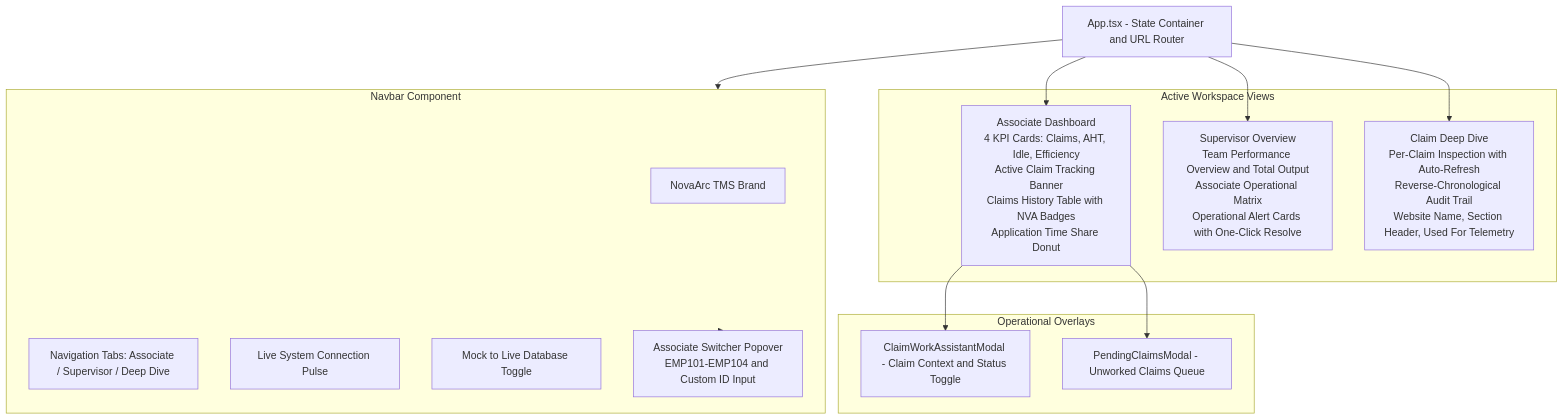
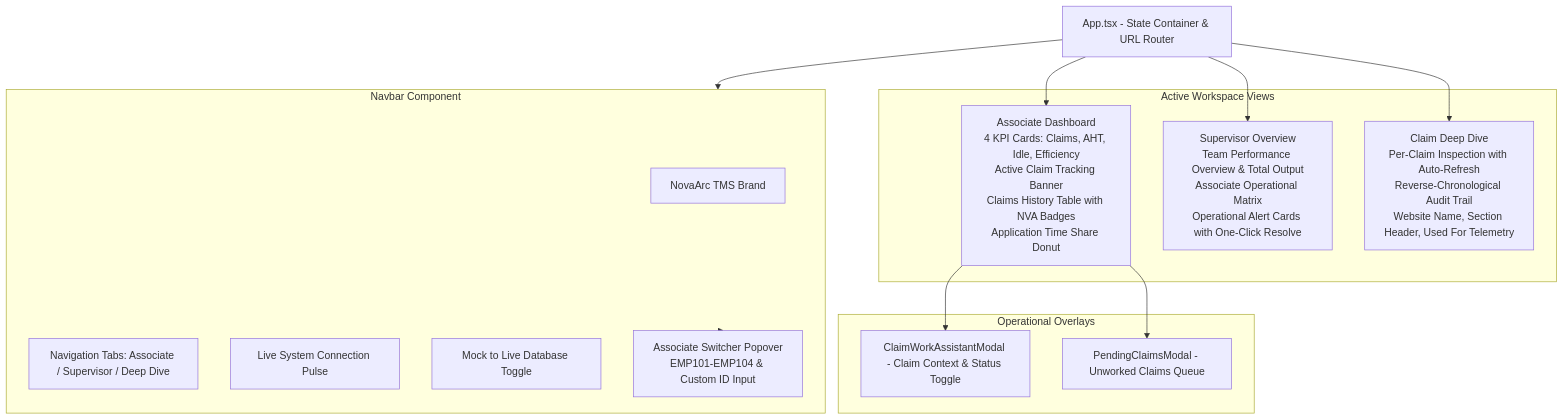
One commit to Gokul2004-ne/TMS changed the seventh of 7 diagrams in ARCHITECTURE.md. Above: the diagram before and after it, drawn with Mermaid. The commit also changed other lines of this file and 4 other files, not shown here.

Commit message:
docs: update ARCHITECTURE.md and README.md with comprehensive project dossier and clean up unwanted temporary files

````diff
--- a/ARCHITECTURE.md
+++ b/ARCHITECTURE.md
@@ -535,31 +577,31 @@
 ```mermaid
 flowchart TD
-    App["App.tsx - State Container and URL Router"]
+    App["App.tsx - State Container & URL Router"]
 
     subgraph Navigation ["Navbar Component"]
         Brand["NovaArc TMS Brand"]
         Tabs["Navigation Tabs: Associate / Supervisor / Deep Dive"]
         LivePulse["Live System Connection Pulse"]
         DBToggle["Mock to Live Database Toggle"]
-        Switcher["Associate Switcher Popover<br>EMP101-EMP104 and Custom ID Input"]
+        Switcher["Associate Switcher Popover<br>EMP101-EMP104 & Custom ID Input"]
     end
 
     subgraph Pages ["Active Workspace Views"]
         P1["Associate Dashboard<br>4 KPI Cards: Claims, AHT, Idle, Efficiency<br>Active Claim Tracking Banner<br>Claims History Table with NVA Badges<br>Application Time Share Donut"]
-        P2["Supervisor Overview<br>Team Performance Overview and Total Output<br>Associate Operational Matrix<br>Operational Alert Cards with One-Click Resolve"]
+        P2["Supervisor Overview<br>Team Performance Overview & Total Output<br>Associate Operational Matrix<br>Operational Alert Cards with One-Click Resolve"]
         P3["Claim Deep Dive<br>Per-Claim Inspection with Auto-Refresh<br>Reverse-Chronological Audit Trail<br>Website Name, Section Header, Used For Telemetry"]
     end
 
     subgraph Modals ["Operational Overlays"]
-        M1["ClaimWorkAssistantModal - Claim Context and Status Toggle"]
+        M1["ClaimWorkAssistantModal - Claim Context & Status Toggle"]
         M2["PendingClaimsModal - Unworked Claims Queue"]
     end
 
     App --> Navigation
     Navigation --> Switcher
     App --> P1
     App --> P2
     App --> P3
     P1 --> M1
     P1 --> M2
 ```
````
